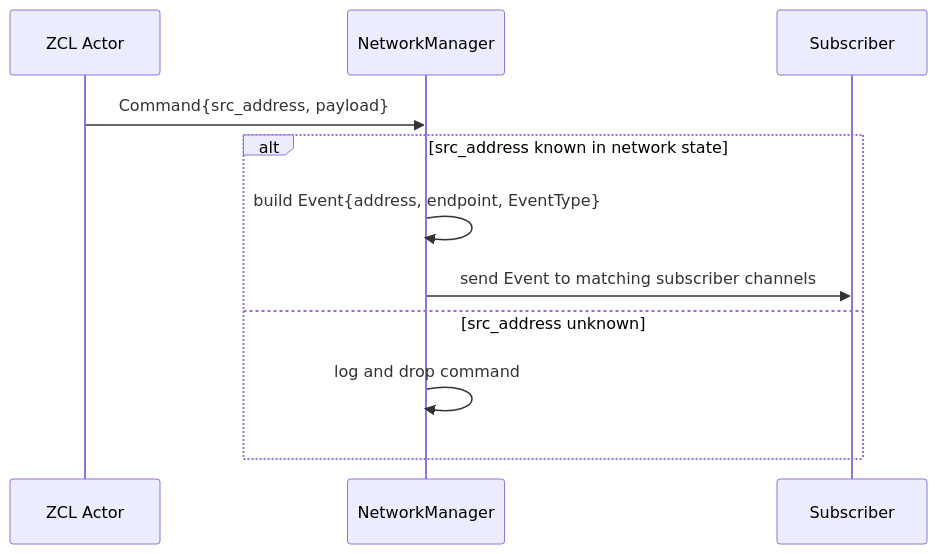
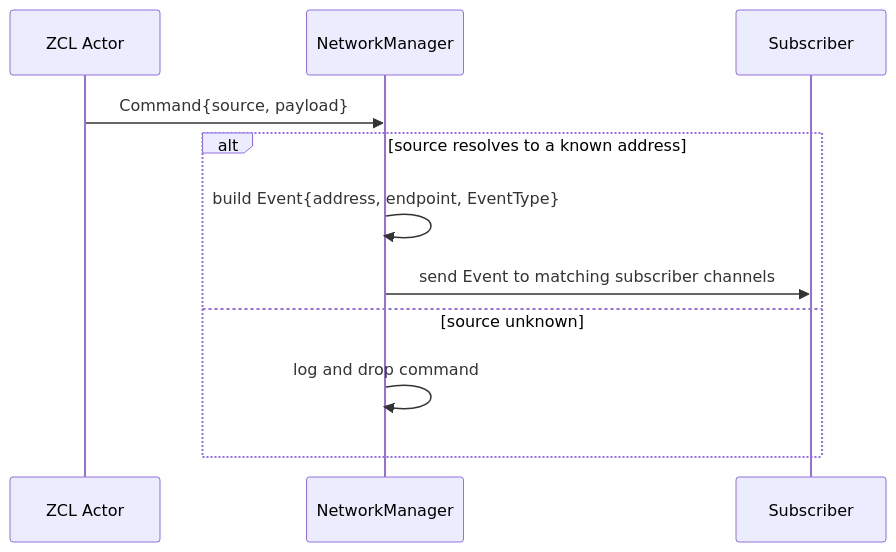
The sixth of 6 diagrams in apis-saltans-coordinator/ARCHITECTURE.md (PaulmannLighting/apis-saltans), drawn with Mermaid before and after one commit. The commit also changed other lines of this file and 39 other files, not shown here.

````diff
--- a/apis-saltans-coordinator/ARCHITECTURE.md
+++ b/apis-saltans-coordinator/ARCHITECTURE.md
@@ -331,14 +332,14 @@
 ```mermaid
 sequenceDiagram
     participant ZCL as ZCL Actor
     participant NM as NetworkManager
     participant API as Subscriber
 
-    ZCL->>NM: Command{src_address, payload}
-    alt src_address known in network state
+    ZCL->>NM: Command{source, payload}
+    alt source resolves to a known address
         NM->>NM: build Event{address, endpoint, EventType}
         NM->>API: send Event to matching subscriber channels
-    else src_address unknown
+    else source unknown
         NM->>NM: log and drop command
     end
 ```
````
